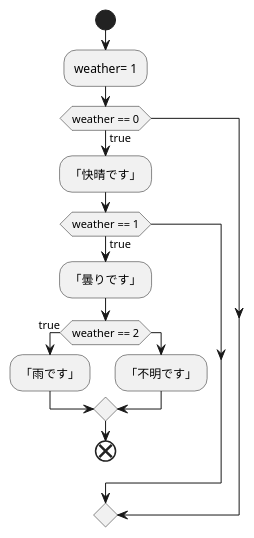
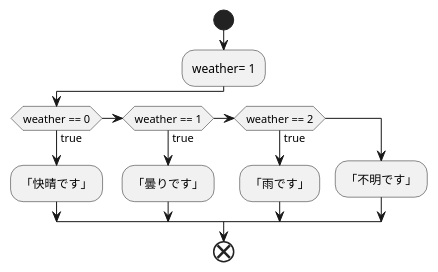
Before and after one commit to aso2001362/2021sys-design: the diagram in kadai4.md, drawn with PlantUML.

````diff
--- a/kadai4.md
+++ b/kadai4.md
@@ -1,16 +1,16 @@
 ```uml
 @startuml
 start
 :weather= 1;
 if(weather == 0)then(true)
 :「快晴です」;
-if(weather == 1)then(true)
+elseif(weather == 1)then(true)
 :「曇りです」;
-if(weather == 2)then(true)
+elseif(weather == 2)then(true)
 :「雨です」;
 else
 :「不明です」;
 endif
 end
 @enduml
 ```
````
